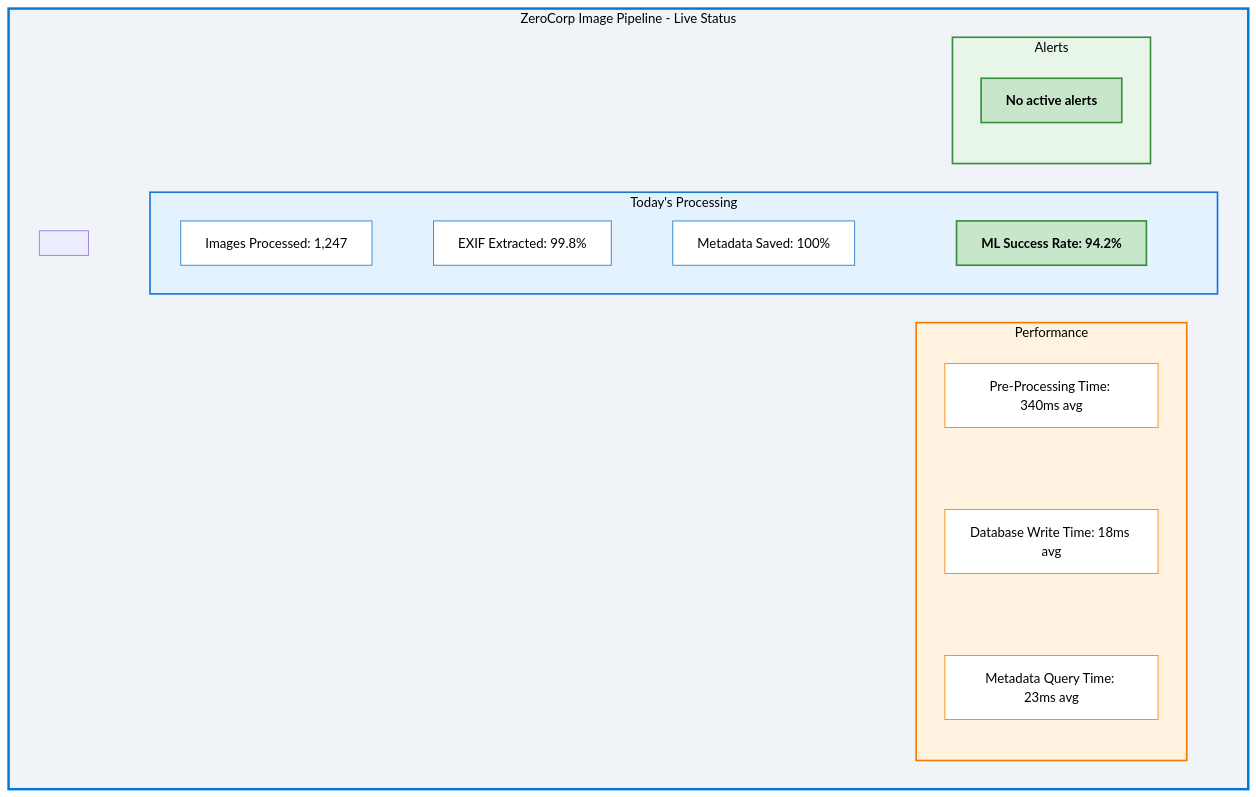
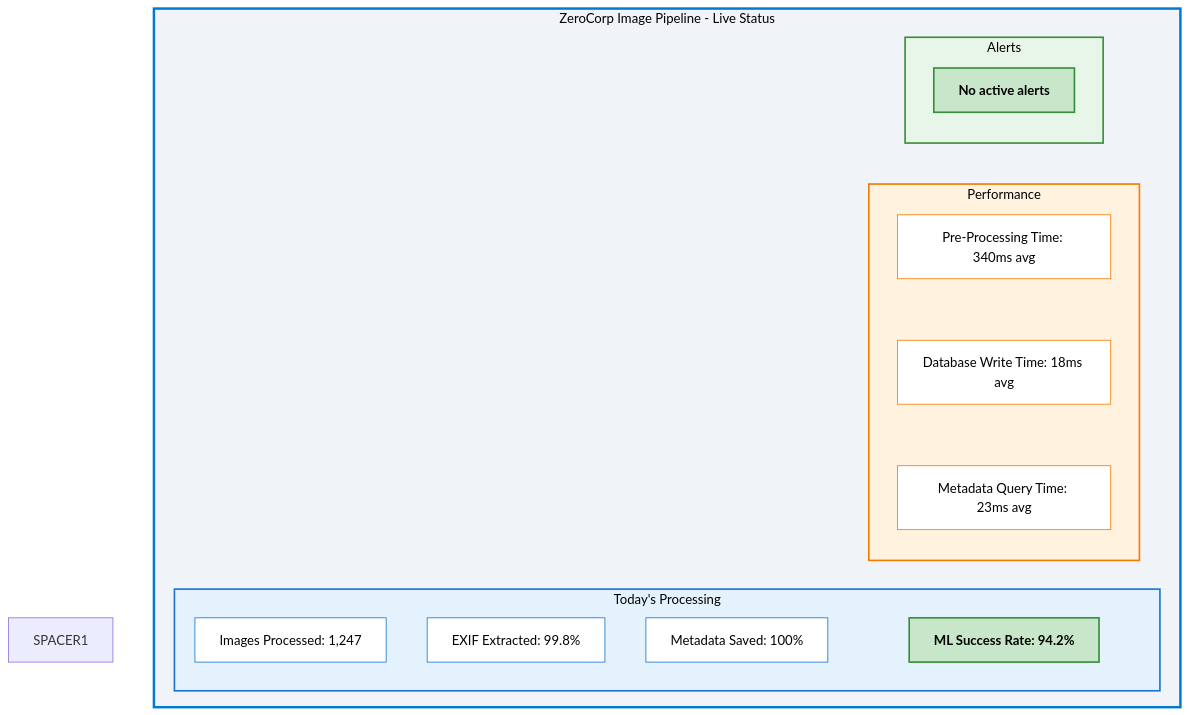
Before and after one commit to anandSgunti/cloud: the fifth of 5 diagrams in 02-The-Bug/02_Solution_Architecture.md, drawn with Mermaid.

````diff
--- a/02-The-Bug/02_Solution_Architecture.md
+++ b/02-The-Bug/02_Solution_Architecture.md
@@ -240,46 +240,46 @@
 ```mermaid
-graph TB
+graph LR
     subgraph Dashboard["ZeroCorp Image Pipeline - Live Status"]
-    SPACER1[" "]
+
 
         subgraph Processing[" Today's Processing"]
             P1["Images Processed: 1,247"]
             P2["EXIF Extracted: 99.8%"]
             P3["Metadata Saved: 100%"]
             P4["ML Success Rate: 94.2% "]
         end
         
         subgraph Performance[" Performance"]
             PERF1["Pre-Processing Time: 340ms avg"]
             PERF2["Database Write Time: 18ms avg"]
             PERF3["Metadata Query Time: 23ms avg"]
         end
         
         subgraph Alerts[" Alerts"]
             A1["No active alerts "]
         end
     end
     SPACER1 ~~~ P1
     P1 ~~~ P2
     P2 ~~~ P3
     P3 ~~~ P4
     
     PERF1 ~~~ PERF2
     PERF2 ~~~ PERF3
     
     style Dashboard fill:#f0f4f8,stroke:#0078d4,stroke-width:3px,color:#000
     style Processing fill:#e3f2fd,stroke:#1976d2,stroke-width:2px,color:#000
     style Performance fill:#fff3e0,stroke:#f57c00,stroke-width:2px,color:#000
     style Alerts fill:#e8f5e9,stroke:#388e3c,stroke-width:2px,color:#000
     
     style P1 fill:#fff,stroke:#1976d2,color:#000
     style P2 fill:#fff,stroke:#1976d2,color:#000
     style P3 fill:#fff,stroke:#1976d2,color:#000
     style P4 fill:#c8e6c9,stroke:#388e3c,stroke-width:2px,color:#000,font-weight:bold
     
     style PERF1 fill:#fff,stroke:#f57c00,color:#000
     style PERF2 fill:#fff,stroke:#f57c00,color:#000
     style PERF3 fill:#fff,stroke:#f57c00,color:#000
     
     style A1 fill:#c8e6c9,stroke:#388e3c,stroke-width:2px,color:#000,font-weight:bold
 ```
````
